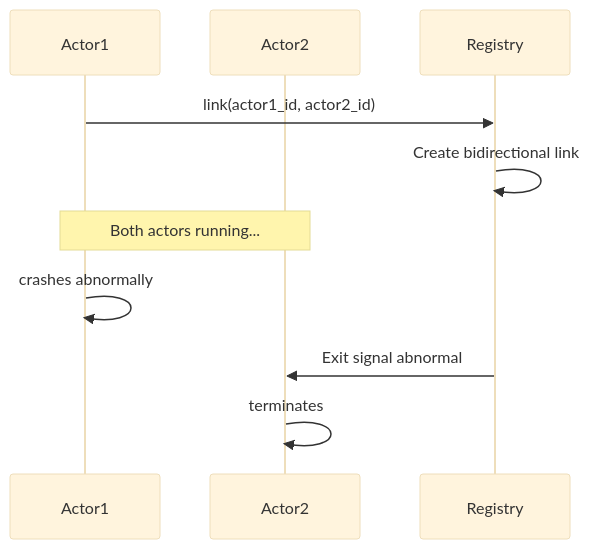
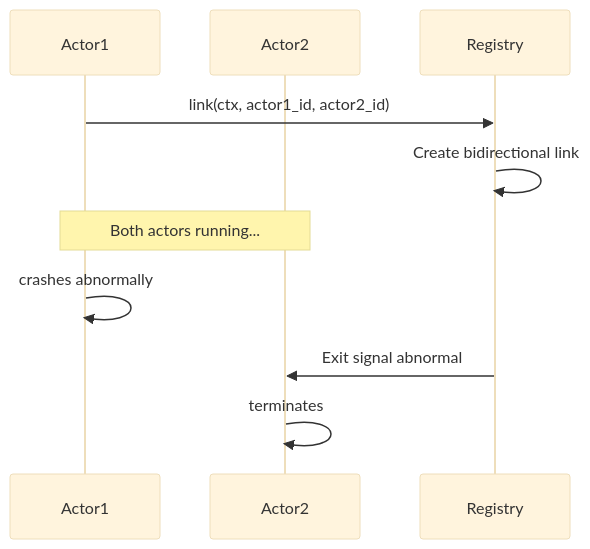
The tenth of 16 diagrams in docs/actor-system.md (bhatti/PlexSpaces), drawn with Mermaid (base theme) before and after one commit. The commit also changed other lines of this file and 349 other files, not shown here.

````diff
--- a/docs/actor-system.md
+++ b/docs/actor-system.md
@@ -1177,15 +1177,15 @@
 ```mermaid
 sequenceDiagram
     participant Actor1
     participant Actor2
     participant Registry
     
-    Actor1->>Registry: link(actor1_id, actor2_id)
+    Actor1->>Registry: link(ctx, actor1_id, actor2_id)
     Registry->>Registry: Create bidirectional link
     
     Note over Actor1,Actor2: Both actors running...
     
     Actor1->>Actor1: crashes abnormally
     Registry->>Actor2: Exit signal abnormal
     Actor2->>Actor2: terminates
 ```
````
